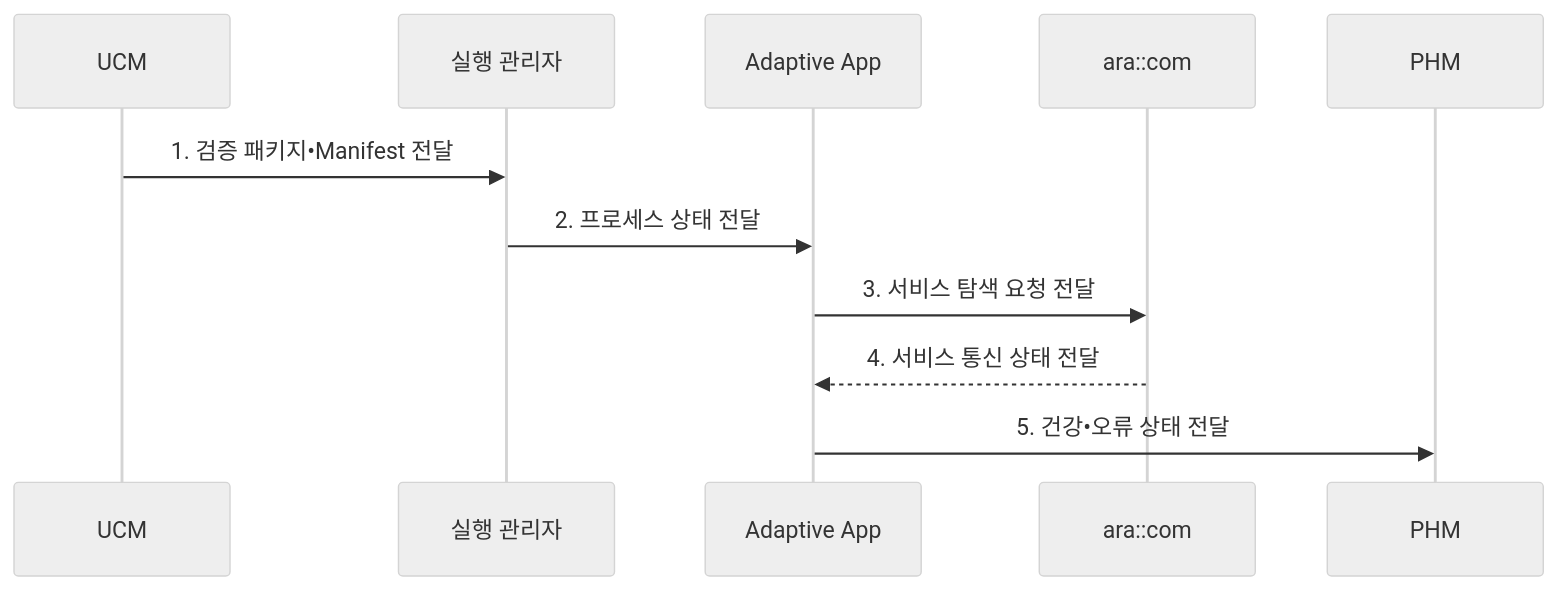
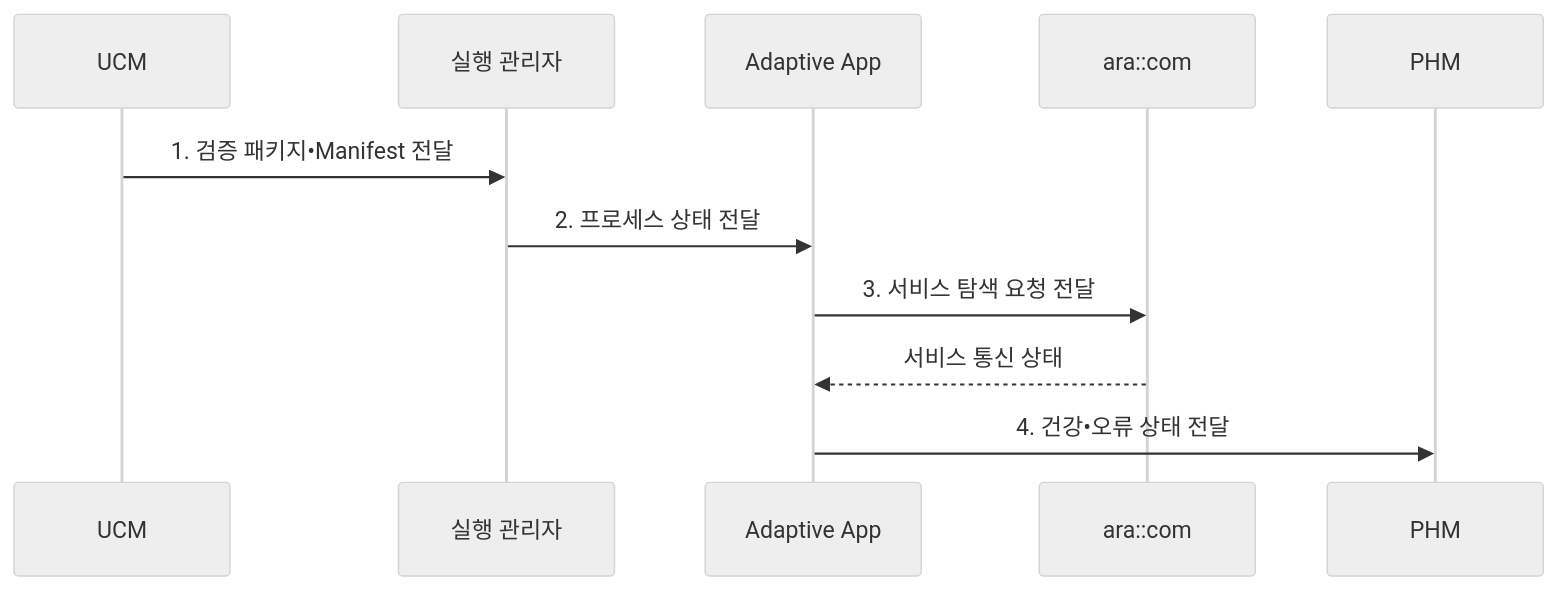
Before and after one commit to agnusdei1207/knowledge-base: the second of 2 diagrams in src/content/docs/notes/08-latest-tech/206_autosar_adaptive.md, drawn with Mermaid (neutral theme). The commit also changed other lines of this file and 20 other files, not shown here.

````diff
--- a/src/content/docs/notes/08-latest-tech/206_autosar_adaptive.md
+++ b/src/content/docs/notes/08-latest-tech/206_autosar_adaptive.md
@@ -103,13 +105,13 @@
 ```mermaid
 sequenceDiagram
     participant U as UCM
     participant E as 실행 관리자
     participant A as Adaptive App
     participant C as ara::com
     participant H as PHM
     U->>E: 1. 검증 패키지•Manifest 전달
     E->>A: 2. 프로세스 상태 전달
     A->>C: 3. 서비스 탐색 요청 전달
-    C-->>A: 4. 서비스 통신 상태 전달
-    A->>H: 5. 건강•오류 상태 전달
+    C-->>A: 서비스 통신 상태
+    A->>H: 4. 건강•오류 상태 전달
 ```
````
